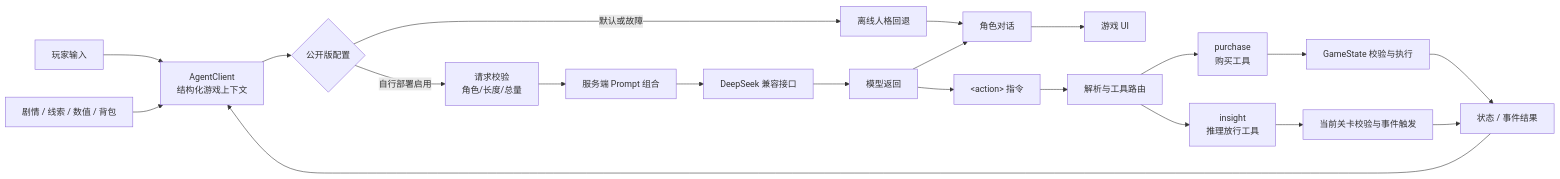
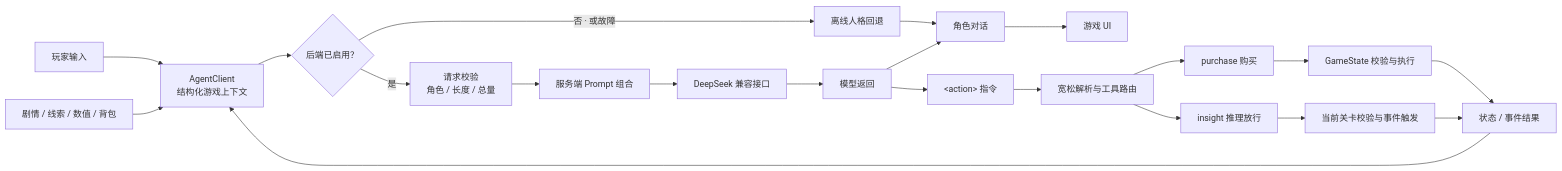
Before and after one commit to madebyyouyou/wanxiangguixu-agent-game: the diagram in README.md, drawn with Mermaid. The commit also changed other lines of this file and 5 other files, not shown here.

````diff
--- a/README.md
+++ b/README.md
@@ -25,23 +32,23 @@
 ```mermaid
 flowchart LR
   U["玩家输入"] --> C["AgentClient<br/>结构化游戏上下文"]
   S["剧情 / 线索 / 数值 / 背包"] --> C
-  C --> O{"公开版配置"}
-  O -->|默认或故障| F["离线人格回退"]
-  O -->|自行部署启用| V["请求校验<br/>角色/长度/总量"]
+  C --> O{"后端已启用？"}
+  O -->|否 · 或故障| F["离线人格回退"]
+  O -->|是| V["请求校验<br/>角色 / 长度 / 总量"]
   V --> P["服务端 Prompt 组合"]
   P --> M["DeepSeek 兼容接口"]
   M --> R["模型返回"]
   F --> D["角色对话"]
   R --> D
   D --> UI["游戏 UI"]
   R --> A["&lt;action&gt; 指令"]
-  A --> X["解析与工具路由"]
-  X --> PU["purchase<br/>购买工具"]
-  X --> IN["insight<br/>推理放行工具"]
+  A --> X["宽松解析与工具路由"]
+  X --> PU["purchase 购买"]
+  X --> IN["insight 推理放行"]
   PU --> G["GameState 校验与执行"]
   IN --> K["当前关卡校验与事件触发"]
   G --> B["状态 / 事件结果"]
   K --> B
   B --> C
 ```
````
